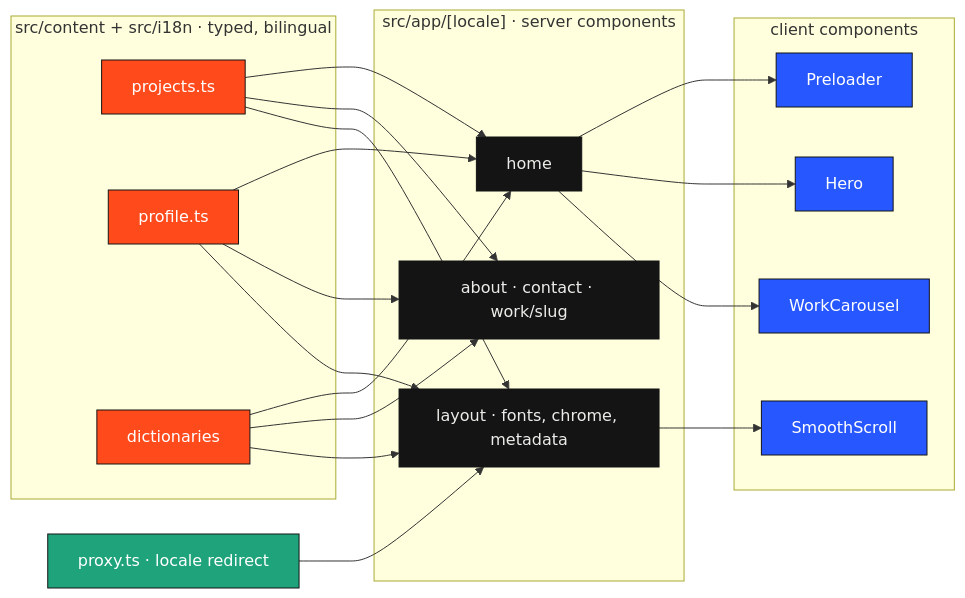
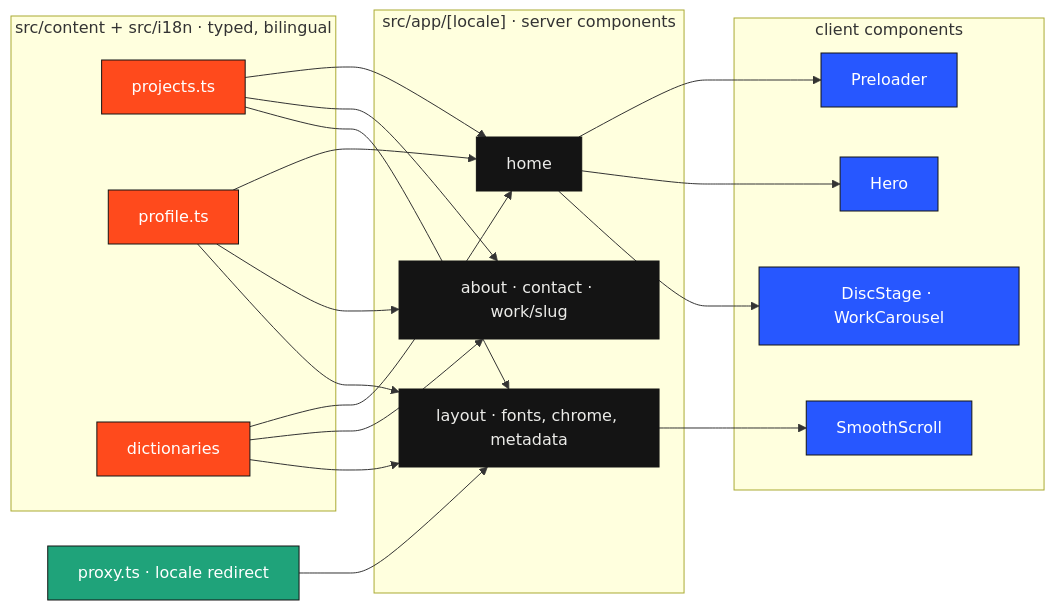
The diagram in README.md (LittlePitza/portfolio), drawn with Mermaid before and after one commit. The commit also changed other lines of this file and 44 other files, not shown here.

````diff
--- a/README.md
+++ b/README.md
@@ -83,29 +83,29 @@
 ```mermaid
 flowchart LR
   classDef content fill:#FF4A1C,stroke:#141414,color:#fff
   classDef server fill:#141414,stroke:#141414,color:#ECECE9
   classDef client fill:#2757FF,stroke:#141414,color:#fff
   classDef edge fill:#1FA37A,stroke:#141414,color:#fff
 
   X[proxy.ts · locale redirect]:::edge
   subgraph Content["src/content + src/i18n · typed, bilingual"]
     P[projects.ts]:::content
     F[profile.ts]:::content
     D[dictionaries]:::content
   end
   subgraph App["src/app/[locale] · server components"]
     L[layout · fonts, chrome, metadata]:::server
     H[home]:::server
     A[about · contact · work/slug]:::server
   end
   subgraph Motion["client components"]
     PL[Preloader]:::client
     HE[Hero]:::client
-    WC[WorkCarousel]:::client
+    WC[DiscStage · WorkCarousel]:::client
     SS[SmoothScroll]:::client
   end
   X --> L
   P & F & D --> H & A & L
   H --> PL & HE & WC
   L --> SS
 ```
````
